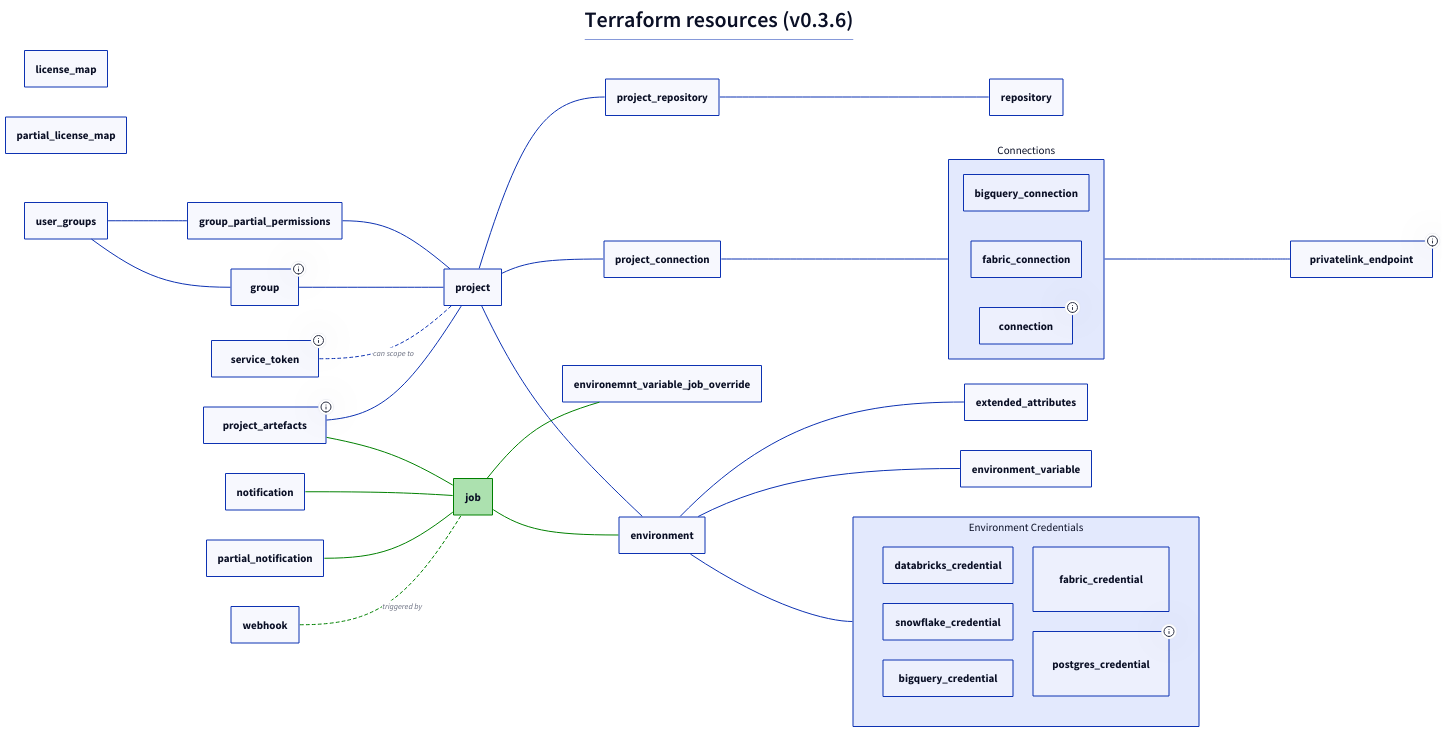
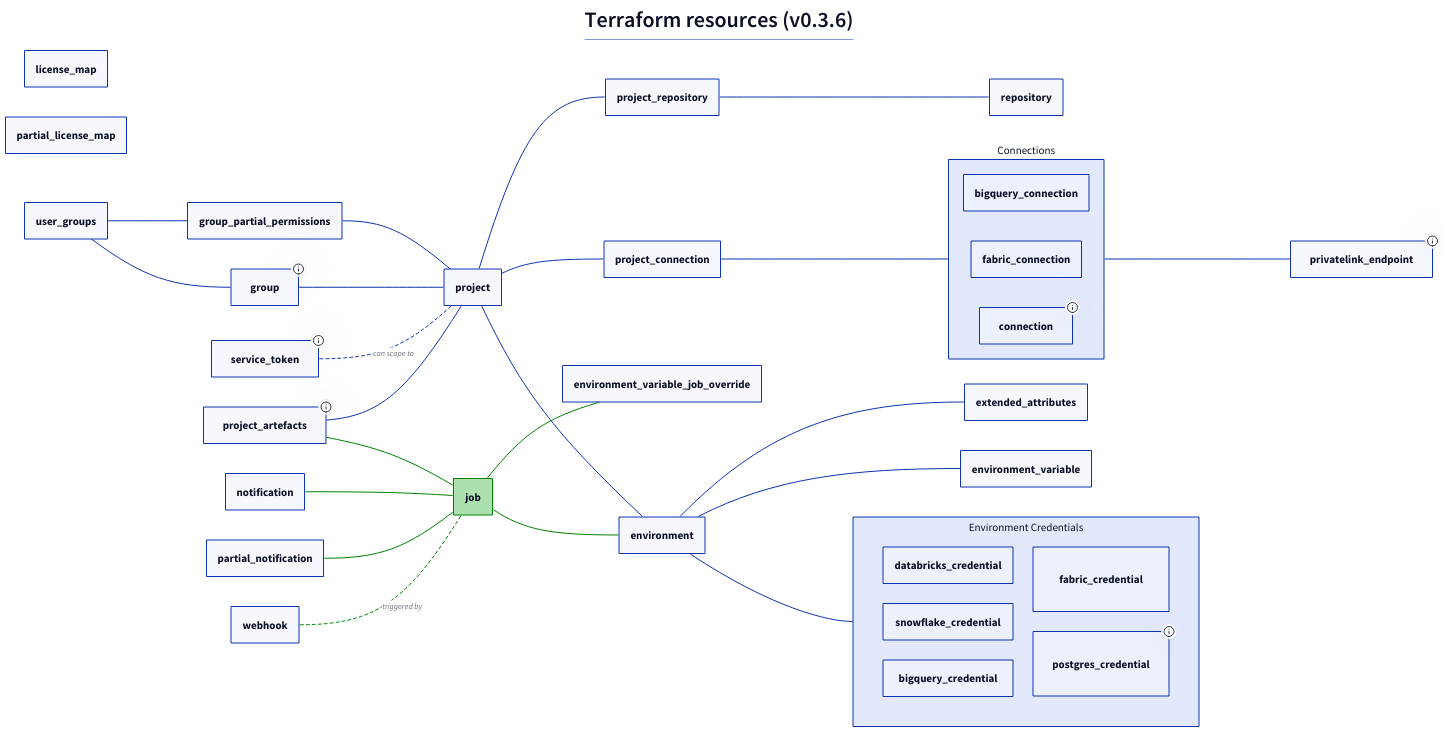
The diagram in terraform_resources.d2 (dbt-labs/terraform-provider-dbtcloud), drawn with D2 before and after one commit. The commit also changed 1 other file, not shown here.

Commit message:
Fix typo in diagram

```diff
--- a/terraform_resources.d2
+++ b/terraform_resources.d2
@@ -1,73 +1,73 @@
 *.style.font-size: 22
 *.*.style.font-size: 22
 
 title: |md
   # Terraform resources (v0.3.6)
 | {near: top-center}
 
 direction: right
 
 
 license_map
 partial_license_map
 
 privatelink_endpoint: {tooltip: Datasource only}
 group: {tooltip: Group permissions as well}
 group_partial_permissions
 service_token: {tooltip: Permissions as well}
 project_artefacts: {tooltip: For setting the project docs and source freshness}
 job: {
   style: {
     fill: "#ACE1AF"
     stroke: green
   }
 }
 
 conns: Connections {
   bigquery_connection
   fabric_connection
   connection: {tooltip: Works for Snowflake, Redshift, Postgres and Databricks}
 }
 
 env_creds: Environment Credentials {
   grid-columns: 2
   databricks_credential
   snowflake_credential
   bigquery_credential
   fabric_credential
   postgres_credential: {tooltip: Is used for Redshift as well}
 }
 
 service_token -- project: can scope to {
   style: {
     stroke-dash: 3
   }
 }
 group -- project
 group_partial_permissions -- project
 user_groups -- group
 user_groups -- group_partial_permissions
 project -- environment
 job -- environment
-job -- environemnt_variable_job_override
+job -- environment_variable_job_override
 notification -- job
 partial_notification -- job
 project_artefacts -- job
 
 project_artefacts -- project
 webhook -- job: triggered by {
   style: {
     stroke-dash: 3
   }
 }
 environment -- env_creds
 project -- project_connection
 project_connection -- conns
 conns -- privatelink_endpoint
 project -- project_repository
 project_repository -- repository
 environment -- environment_variable
 environment -- extended_attributes
 
 (job -- *)[*].style.stroke: green
 (* -- job)[*].style.stroke: green
```
